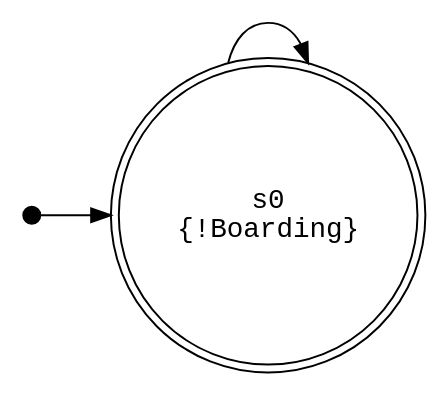
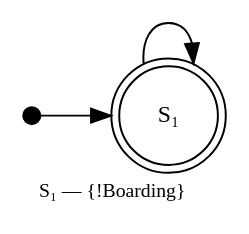
Before and after one commit to Pastor/Takt: the diagram in book/src/17-showcase/images/lift-buchi.dot, drawn with Graphviz. The commit also changed 14 other files, not shown here.

```diff
--- a/book/src/17-showcase/images/lift-buchi.dot
+++ b/book/src/17-showcase/images/lift-buchi.dot
@@ -1,9 +1,14 @@
 digraph Buchi {
   rankdir=LR;
-  node [shape=circle, fontname="monospace"];
-  edge [fontname="monospace"];
-  s0 [shape=doublecircle, label="s0\n{!Boarding}"];
+  fontname="GOST 2.304-81";
+  fontsize=10;
+  node [shape=circle, fixedsize=true, width=0.7, height=0.7, fontsize=12, fontname="GOST 2.304-81"];
+  edge [fontname="GOST 2.304-81"];
+  s0 [shape=doublecircle, label="S₁"];
   __start0 [shape=point, width=0.12];
   __start0 -> s0;
   s0 -> s0;
+  label="S₁ — {!Boarding}\l";
+  labelloc="b";
+  labeljust="l";
 }
```
